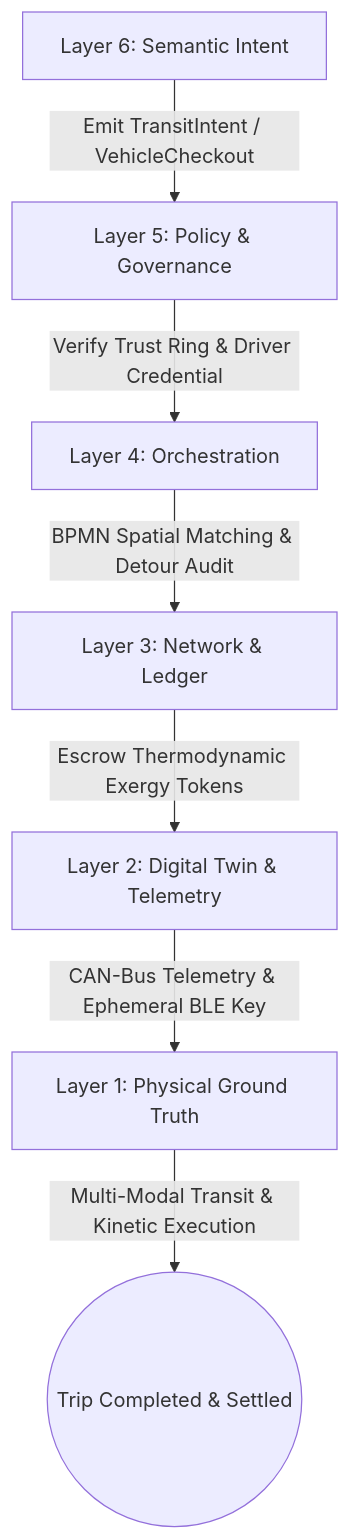
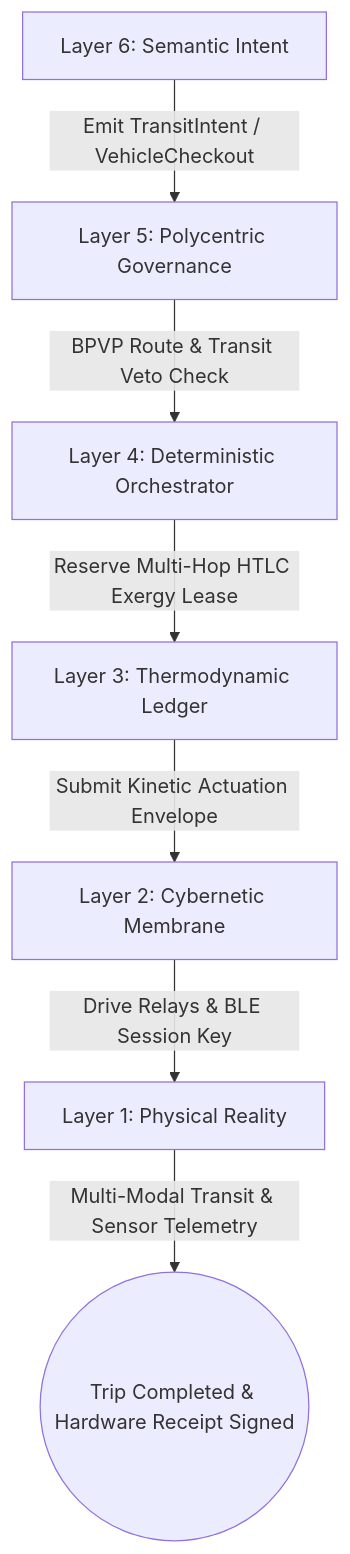
One commit to raffaine/collective changed the first of 4 diagrams in docs/scenarios/beta_transit.md. Above: the diagram before and after it, drawn with Mermaid. The commit also changed other lines of this file and 23 other files, not shown here.

````diff
--- a/docs/scenarios/beta_transit.md
+++ b/docs/scenarios/beta_transit.md
@@ -39,9 +41,9 @@
 ```mermaid
 graph TD
-    L6[Layer 6: Semantic Intent] -->|Emit TransitIntent / VehicleCheckout| L5[Layer 5: Policy & Governance]
-    L5 -->|Verify Trust Ring & Driver Credential| L4[Layer 4: Orchestration]
-    L4 -->|BPMN Spatial Matching & Detour Audit| L3[Layer 3: Network & Ledger]
-    L3 -->|Escrow Thermodynamic Exergy Tokens| L2[Layer 2: Digital Twin & Telemetry]
-    L2 -->|CAN-Bus Telemetry & Ephemeral BLE Key| L1[Layer 1: Physical Ground Truth]
-    L1 -->|Multi-Modal Transit & Kinetic Execution| End((Trip Completed & Settled))
+    L6[Layer 6: Semantic Intent] -->|Emit TransitIntent / VehicleCheckout| L5[Layer 5: Polycentric Governance]
+    L5 -->|BPVP Route & Transit Veto Check| L4[Layer 4: Deterministic Orchestrator]
+    L4 -->|Reserve Multi-Hop HTLC Exergy Lease| L3[Layer 3: Thermodynamic Ledger]
+    L3 -->|Submit Kinetic Actuation Envelope| L2[Layer 2: Cybernetic Membrane]
+    L2 -->|Drive Relays & BLE Session Key| L1[Layer 1: Physical Reality]
+    L1 -->|Multi-Modal Transit & Sensor Telemetry| End((Trip Completed & Hardware Receipt Signed))
 ```
````
